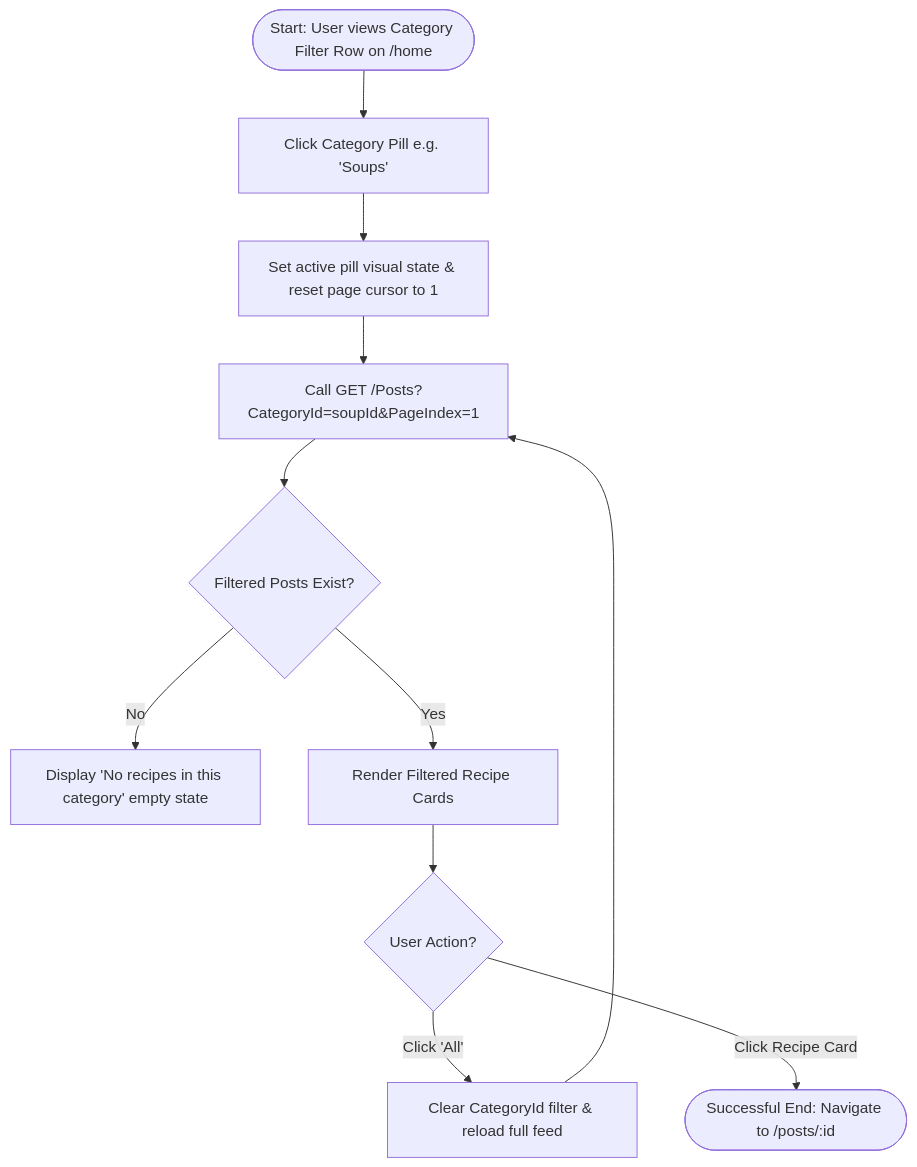
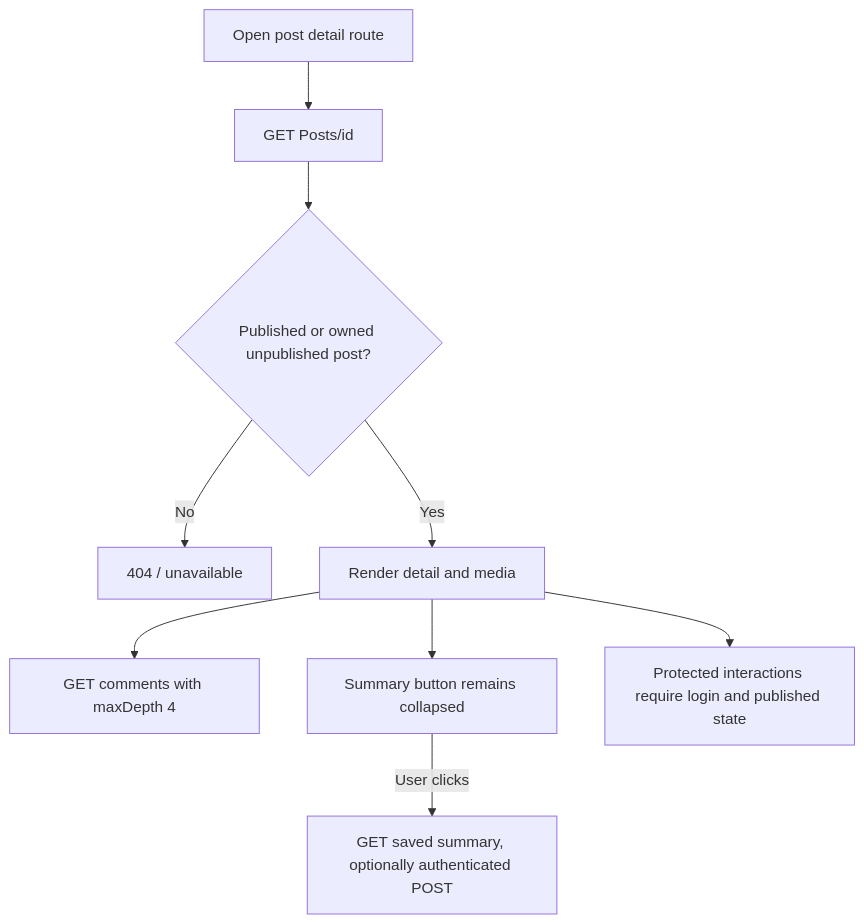
One commit to NguyenQuocTrong-bonmat/frontend-VeganHelperSystem changed diagram 13 of 56 in Design.MD. Above: the diagram before and after it, drawn with Mermaid. The commit also changed other lines of this file, not shown here.

Commit message:
docs: align design diagrams with current workflows

````diff
--- a/Design.MD
+++ b/Design.MD
@@ -1205,12 +563,11 @@
 ```mermaid
 flowchart TD
-    A([Start: User views Category Filter Row on /home]) --> B[Click Category Pill e.g. 'Soups']
-    B --> C[Set active pill visual state & reset page cursor to 1]
-    C --> D[Call GET /Posts?CategoryId=soupId&PageIndex=1]
-    D --> E{Filtered Posts Exist?}
-    E -->|No| F[Display 'No recipes in this category' empty state]
-    E -->|Yes| G[Render Filtered Recipe Cards]
-    G --> H{User Action?}
-    H -->|Click 'All'| I[Clear CategoryId filter & reload full feed] --> D
-    H -->|Click Recipe Card| J([Successful End: Navigate to /posts/:id])
+    A["Open post detail route"] --> B["GET Posts/id"]
+    B --> C{"Published or owned unpublished post?"}
+    C -->|No| D["404 / unavailable"]
+    C -->|Yes| E["Render detail and media"]
+    E --> F["GET comments with maxDepth 4"]
+    E --> G["Summary button remains collapsed"]
+    G -->|User clicks| H["GET saved summary, optionally authenticated POST"]
+    E --> I["Protected interactions require login and published state"]
 ```
````
